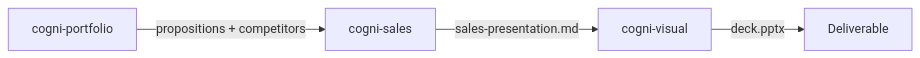
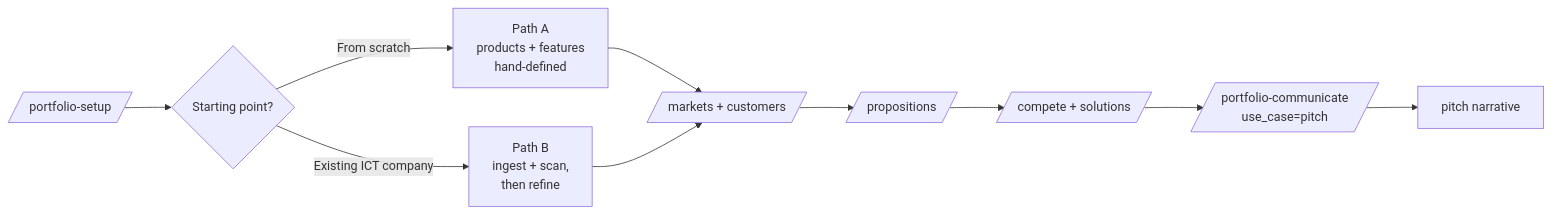
One commit to cogni-work/cogni-works changed the diagram in docs/workflows/portfolio-to-pitch.md. Above: the diagram before and after it, drawn with Mermaid. The commit also changed other lines of this file, not shown here.

First line of the commit message:
docs(workflows): rewrite portfolio-to-pitch end-to-end in cogni-portfolio (#114)

````diff
--- a/docs/workflows/portfolio-to-pitch.md
+++ b/docs/workflows/portfolio-to-pitch.md
@@ -7,6 +7,12 @@
 ```mermaid
 graph LR
-    A[cogni-portfolio] -->|propositions + competitors| B[cogni-sales]
-    B -->|sales-presentation.md| C[cogni-visual]
-    C -->|deck.pptx| D[Deliverable]
+    A[/portfolio-setup/] --> B{Starting point?}
+    B -->|From scratch| PA[Path A<br/>products + features<br/>hand-defined]
+    B -->|Existing ICT company| PB[Path B<br/>ingest + scan,<br/>then refine]
+    PA --> C[/markets + customers/]
+    PB --> C
+    C --> D[/propositions/]
+    D --> E[/compete + solutions/]
+    E --> F[/portfolio-communicate<br/>use_case=pitch/]
+    F --> G[pitch narrative]
 ```
````
